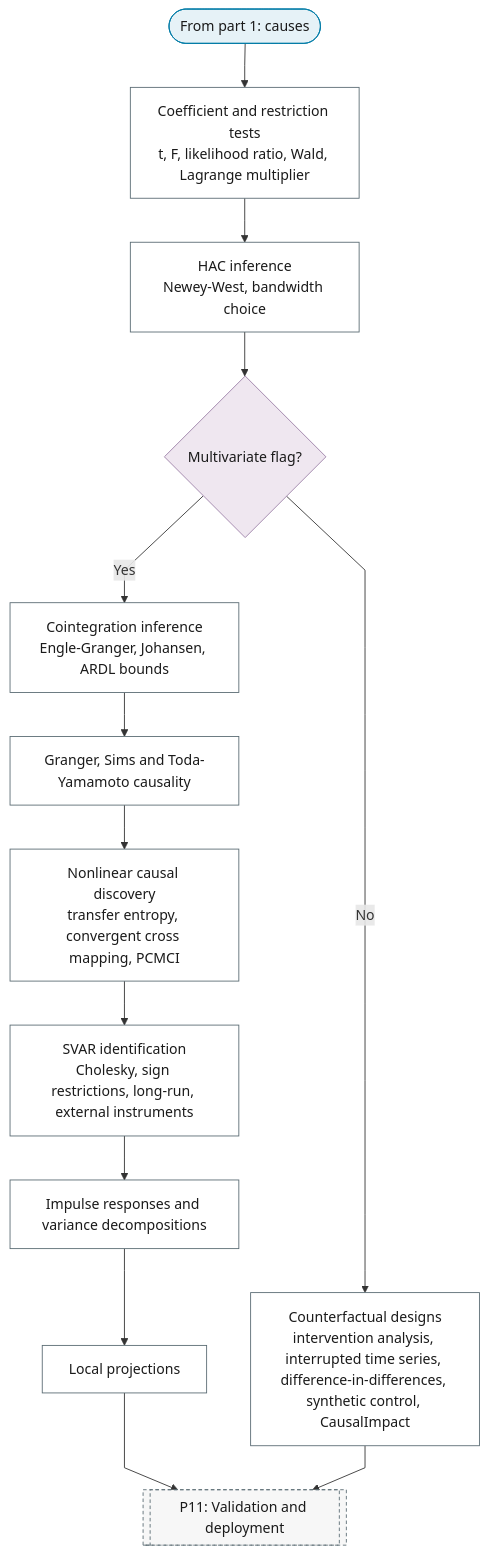
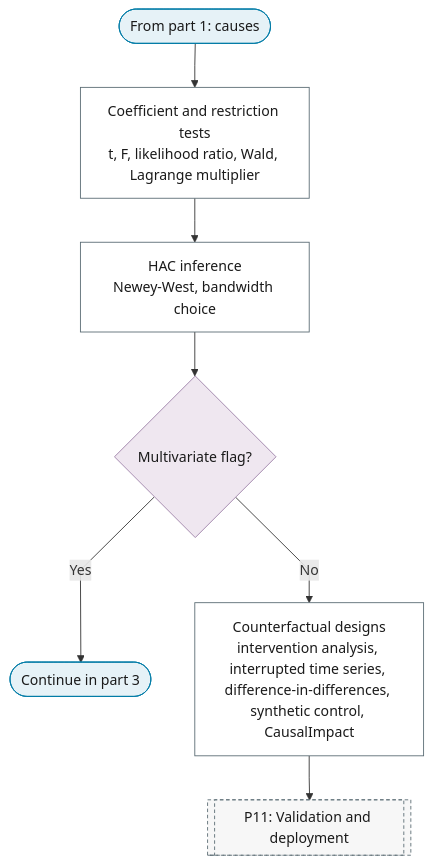
One commit to Shuxin-Y/time-series-analysis-manual changed the second of 5 diagrams in docs/01-workflow/p10-inference.md. Above: the diagram before and after it, drawn with Mermaid. The commit also changed other lines of this file and 8 other files, not shown here.

First line of the commit message:
fix(flowchart): alternatives are fan-outs, dependencies are chains

````diff
--- a/docs/01-workflow/p10-inference.md
+++ b/docs/01-workflow/p10-inference.md
@@ -56,27 +56,22 @@
 ```mermaid
 %%{init: {"flowchart": {"curve": "linear"}}}%%
 graph TD
     P10_PART_2_IN(["From part 1: causes"]) --> P10_COEFFICIENT_TESTS["Coefficient and restriction tests<br/>t, F, likelihood ratio, Wald, Lagrange multiplier"]
     P10_COEFFICIENT_TESTS --> P10_HAC["HAC inference<br/>Newey-West, bandwidth choice"]
     P10_HAC --> P10_SYSTEM{"Multivariate flag?"}
-    P10_SYSTEM -->|"Yes"| P10_COINTEGRATION["Cointegration inference<br/>Engle-Granger, Johansen, ARDL bounds"]
+    P10_SYSTEM -->|"Yes"| P10_TO_PART_3(["Continue in part 3"])
     P10_SYSTEM -->|"No"| P10_COUNTERFACTUALS["Counterfactual designs<br/>intervention analysis, interrupted time series, difference-in-differences, synthetic control, CausalImpact"]
-    P10_COINTEGRATION --> P10_GRANGER["Granger, Sims and Toda-Yamamoto causality"]
-    P10_GRANGER --> P10_NONLINEAR_CAUSALITY["Nonlinear causal discovery<br/>transfer entropy, convergent cross mapping, PCMCI"]
-    P10_NONLINEAR_CAUSALITY --> P10_SVAR_IDENTIFICATION["SVAR identification<br/>Cholesky, sign restrictions, long-run, external instruments"]
-    P10_SVAR_IDENTIFICATION --> P10_IRF_FEVD["Impulse responses and variance decompositions"]
-    P10_IRF_FEVD --> P10_LOCAL_PROJECTIONS["Local projections"]
-    P10_LOCAL_PROJECTIONS & P10_COUNTERFACTUALS --> P11[["P11: Validation and deployment"]]
-    class P10_PART_2_IN terminator
+    P10_COUNTERFACTUALS --> P11[["P11: Validation and deployment"]]
+    class P10_PART_2_IN,P10_TO_PART_3 terminator
     class P10_SYSTEM decision
-    class P10_COEFFICIENT_TESTS,P10_HAC,P10_COINTEGRATION,P10_COUNTERFACTUALS,P10_GRANGER,P10_NONLINEAR_CAUSALITY,P10_SVAR_IDENTIFICATION,P10_IRF_FEVD,P10_LOCAL_PROJECTIONS process
+    class P10_COEFFICIENT_TESTS,P10_HAC,P10_COUNTERFACTUALS process
     class P11 ref
     classDef terminator fill:#E6F2F7,stroke:#007BA7,color:#1A1A1A;
     classDef process fill:#FFFFFF,stroke:#5A6B73,color:#1A1A1A;
     classDef decision fill:#EFE7F0,stroke:#9B7FA7,color:#1A1A1A;
     classDef data fill:#FFF4E0,stroke:#C9A55E,color:#1A1A1A;
     classDef good fill:#DCEFD8,stroke:#4A7A3F,color:#1A1A1A;
     classDef escalate fill:#FFE9C2,stroke:#C9A55E,color:#1A1A1A;
     classDef problem fill:#F2D9DE,stroke:#800020,color:#1A1A1A;
     classDef ref fill:#F7F7F7,stroke:#5A6B73,color:#1A1A1A,stroke-dasharray:4 3;
 ```
````
